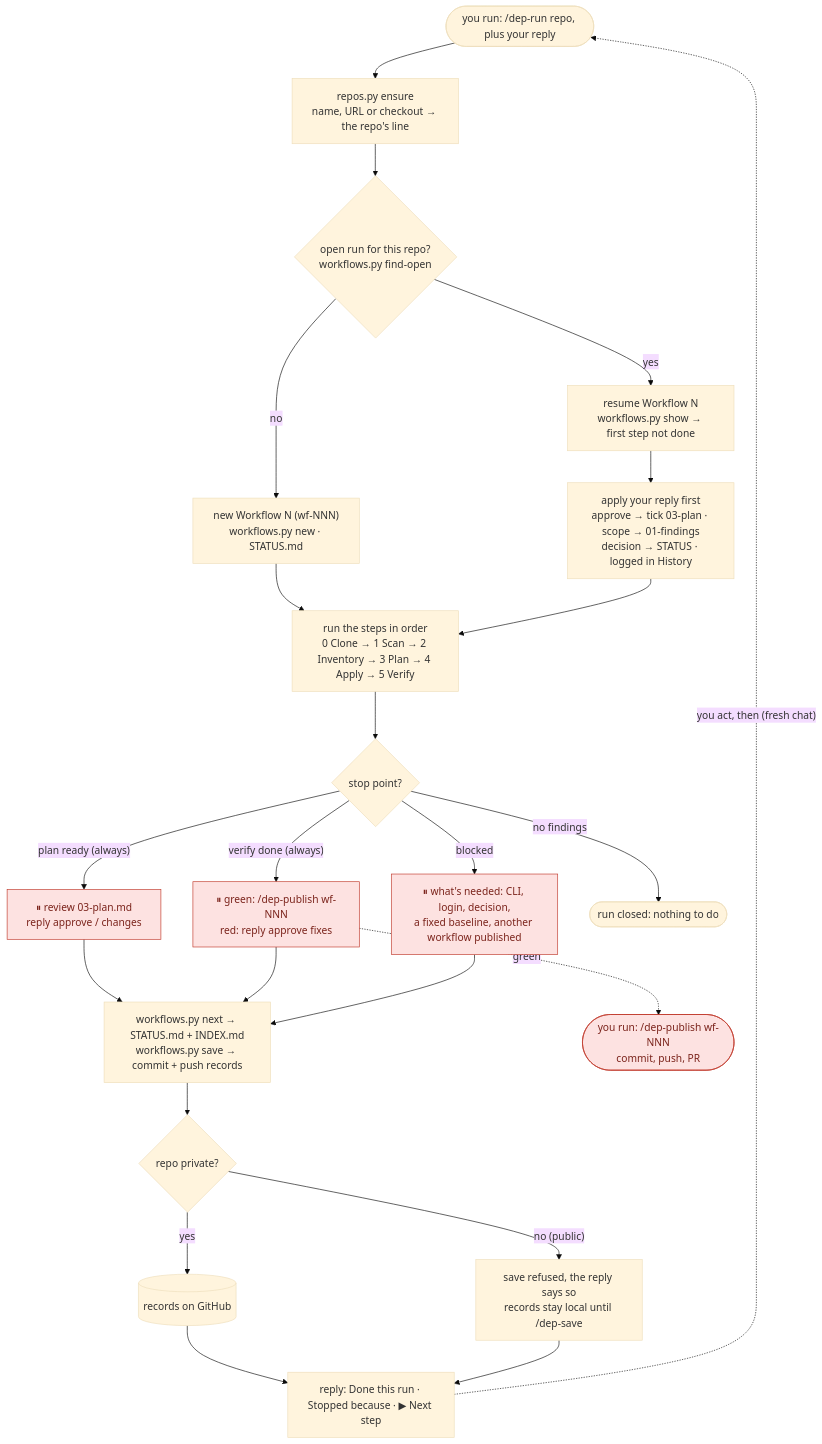
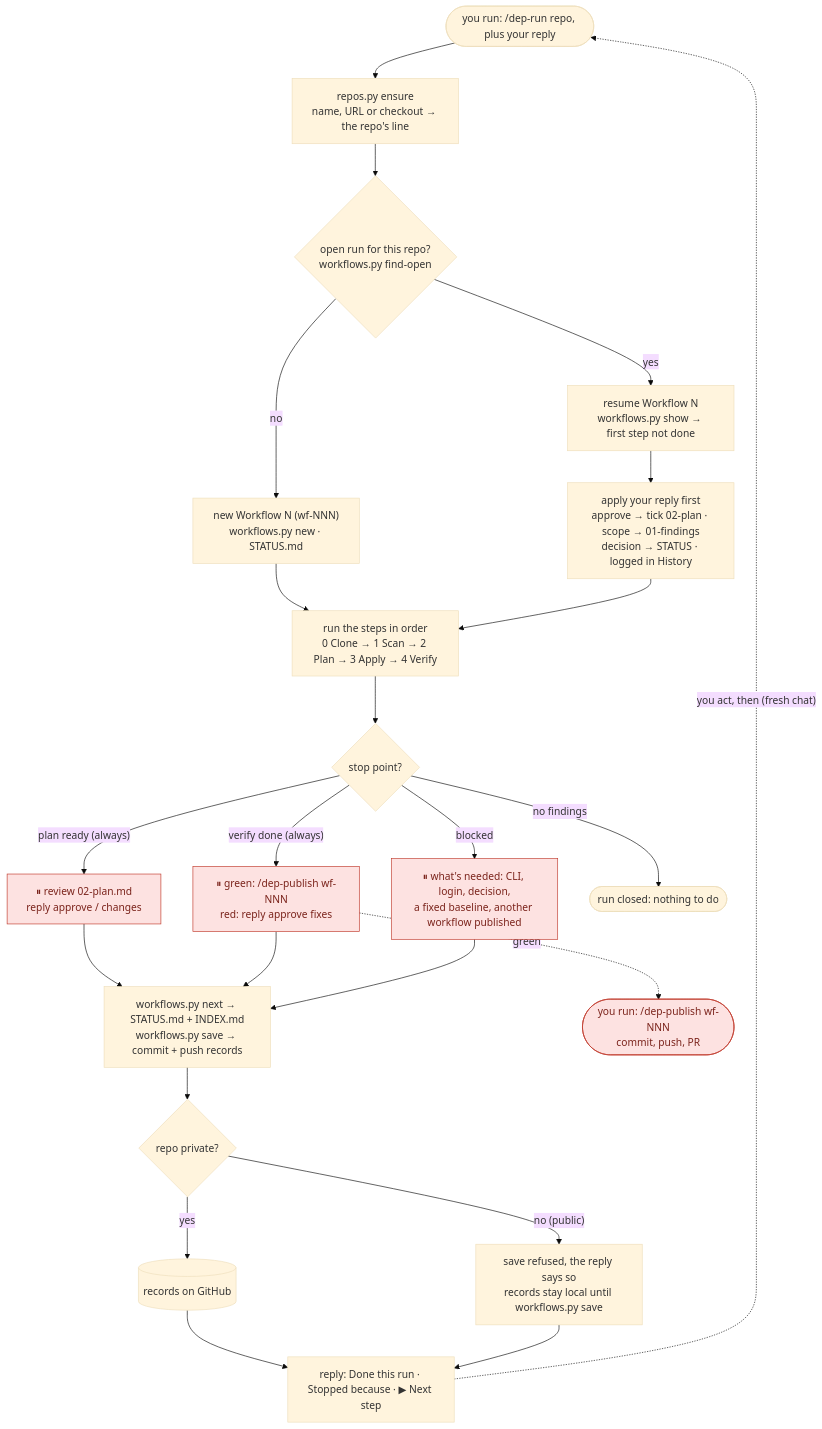
One commit to elinasarvari/snyk-update-package changed the seventh of 7 diagrams in docs/ARCHITECTURE.md. Above: the diagram before and after it, drawn with Mermaid (base theme). The commit also changed other lines of this file and 74 other files, not shown here.

````diff
--- a/docs/ARCHITECTURE.md
+++ b/docs/ARCHITECTURE.md
@@ -284,26 +282,26 @@
 ```mermaid
 flowchart TB
     go(["you run: /dep-run repo, plus your reply"])
     go --> ensure["repos.py ensure<br/>name, URL or checkout → the repo's line"]
     ensure --> open{"open run for this repo?<br/>workflows.py find-open"}
     open -- yes --> resume["resume Workflow N<br/>workflows.py show → first step not done"]
     open -- no --> new["new Workflow N (wf-NNN)<br/>workflows.py new · STATUS.md"]
-    resume --> reply["apply your reply first<br/>approve → tick 03-plan · scope → 01-findings<br/>decision → STATUS · logged in History"]
+    resume --> reply["apply your reply first<br/>approve → tick 02-plan · scope → 01-findings<br/>decision → STATUS · logged in History"]
     new --> steps
-    reply --> steps["run the steps in order<br/>0 Clone → 1 Scan → 2 Inventory → 3 Plan → 4 Apply → 5 Verify"]
+    reply --> steps["run the steps in order<br/>0 Clone → 1 Scan → 2 Plan → 3 Apply → 4 Verify"]
     steps --> stop{"stop point?"}
-    stop -- "plan ready (always)" --> s1["⏸ review 03-plan.md<br/>reply approve / changes"]
+    stop -- "plan ready (always)" --> s1["⏸ review 02-plan.md<br/>reply approve / changes"]
     stop -- "verify done (always)" --> s2["⏸ green: /dep-publish wf-NNN<br/>red: reply approve fixes"]
     stop -- "blocked" --> s3["⏸ what's needed: CLI, login, decision,<br/>a fixed baseline, another workflow published"]
     stop -- "no findings" --> done(["run closed: nothing to do"])
     s1 & s2 & s3 --> next["workflows.py next → STATUS.md + INDEX.md<br/>workflows.py save → commit + push records"]
     next --> saved{"repo private?"}
     saved -- yes --> pushed[("records on GitHub")]
-    saved -- "no (public)" --> refused["save refused, the reply says so<br/>records stay local until /dep-save"]
+    saved -- "no (public)" --> refused["save refused, the reply says so<br/>records stay local until workflows.py save"]
     pushed & refused --> reply2["reply: Done this run · Stopped because · ▶ Next step"]
     reply2 -. "you act, then (fresh chat)" .-> go
     s2 -. "green" .-> publish(["you run: /dep-publish wf-NNN<br/>commit, push, PR"])
 
     classDef you fill:#fde2e1,stroke:#c0392b,color:#7b241c
     class s1,s2,s3,publish you
 ```
````
